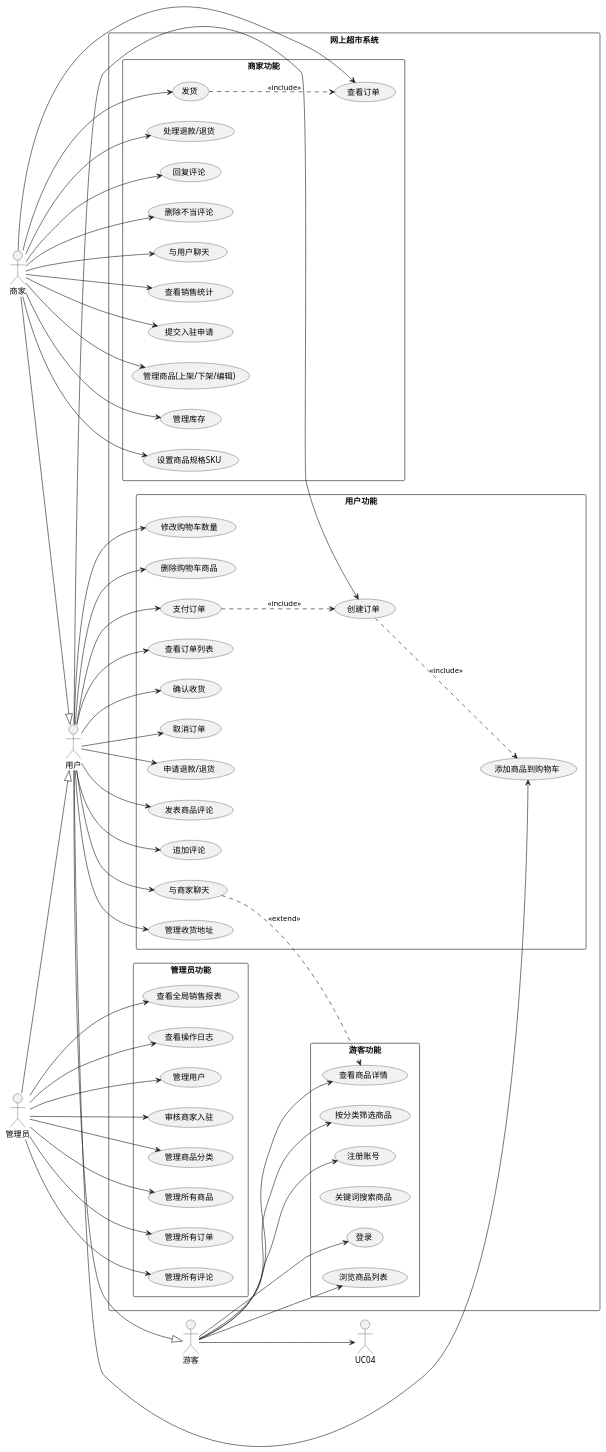
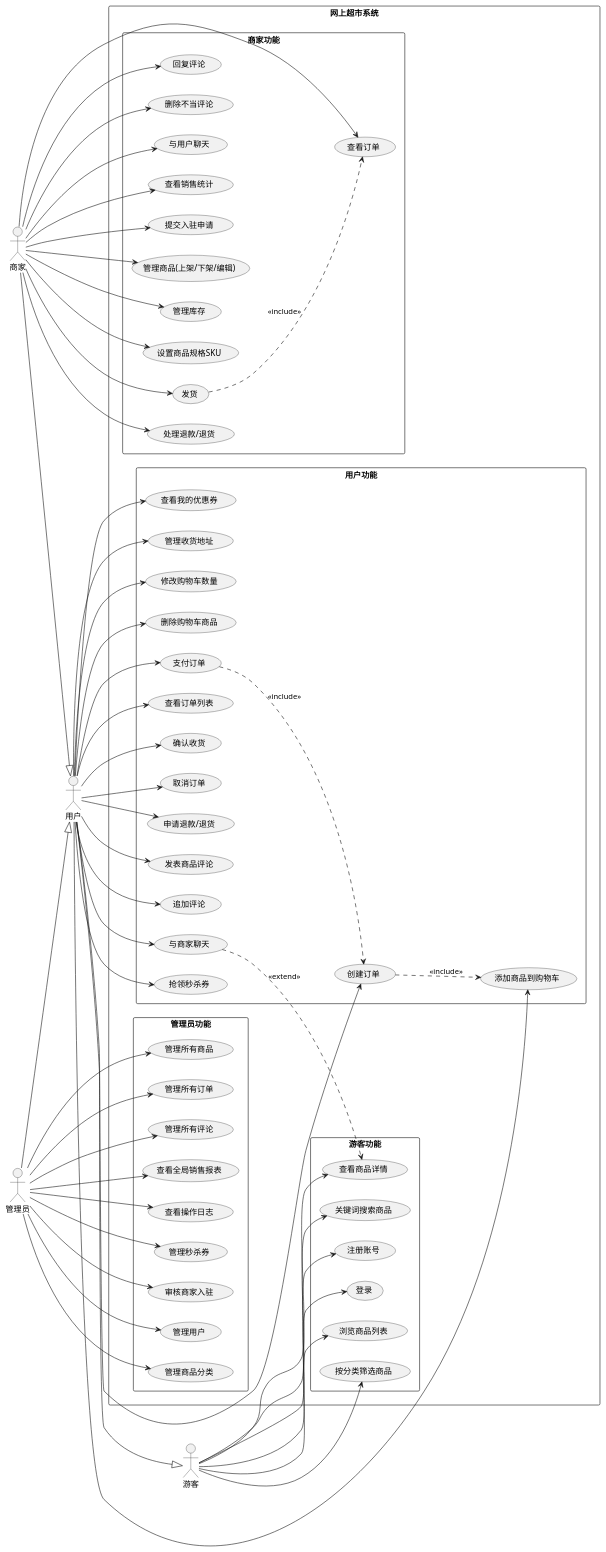
The diagram in uml/uml-usecase.puml (KIM406-CMD/chrono), drawn with PlantUML before and after one commit. The commit also changed 8 other files, not shown here.

First line of the commit message:
docs: 同步设计文档与 UML 图并补充秒杀券模块

```diff
--- a/uml/uml-usecase.puml
+++ b/uml/uml-usecase.puml
@@ -1,129 +1,135 @@
 @startuml 用例图
 
 skinparam packageStyle rectangle
 
 left to right direction
 
 actor 游客 as visitor
 actor 用户 as user
 actor 商家 as merchant
 actor 管理员 as admin
 
 rectangle "网上超市系统" {
 
   ' ===== 游客用例 =====
   package "游客功能" {
     usecase "浏览商品列表" as UC01
     usecase "查看商品详情" as UC02
     usecase "按分类筛选商品" as UC03
-    usecase "关键词搜索商品" as u
+    usecase "关键词搜索商品" as UC04
     usecase "注册账号" as UC05
     usecase "登录" as UC06
   }
 
   ' ===== 用户用例 =====
   package "用户功能" {
     usecase "管理收货地址" as UC07
     usecase "添加商品到购物车" as UC08
     usecase "修改购物车数量" as UC09
     usecase "删除购物车商品" as UC10
     usecase "创建订单" as UC11
     usecase "支付订单" as UC12
     usecase "查看订单列表" as UC13
     usecase "确认收货" as UC14
     usecase "取消订单" as UC15
     usecase "申请退款/退货" as UC16
     usecase "发表商品评论" as UC17
     usecase "追加评论" as UC18
     usecase "与商家聊天" as UC19
+    usecase "抢领秒杀券" as UC39
+    usecase "查看我的优惠券" as UC40
   }
 
   ' ===== 商家用例 =====
   package "商家功能" {
     usecase "提交入驻申请" as UC20
     usecase "管理商品(上架/下架/编辑)" as UC21
     usecase "管理库存" as UC22
     usecase "设置商品规格SKU" as UC23
     usecase "查看订单" as UC24
     usecase "发货" as UC25
     usecase "处理退款/退货" as UC26
     usecase "回复评论" as UC27
     usecase "删除不当评论" as UC28
     usecase "与用户聊天" as UC29
     usecase "查看销售统计" as UC30
   }
 
   ' ===== 管理员用例 =====
   package "管理员功能" {
     usecase "管理用户" as UC31
     usecase "审核商家入驻" as UC32
     usecase "管理商品分类" as UC33
     usecase "管理所有商品" as UC34
     usecase "管理所有订单" as UC35
     usecase "管理所有评论" as UC36
     usecase "查看全局销售报表" as UC37
     usecase "查看操作日志" as UC38
+    usecase "管理秒杀券" as UC41
   }
 }
 
 ' ===== 关系 =====
 visitor --> UC01
 visitor --> UC02
 visitor --> UC03
 visitor --> UC04
 visitor --> UC05
 visitor --> UC06
 
 user --> UC07
 user --> UC08
 user --> UC09
 user --> UC10
 user --> UC11
 user --> UC12
 user --> UC13
 user --> UC14
 user --> UC15
 user --> UC16
 user --> UC17
 user --> UC18
 user --> UC19
+user --> UC39
+user --> UC40
 
 merchant --> UC20
 merchant --> UC21
 merchant --> UC22
 merchant --> UC23
 merchant --> UC24
 merchant --> UC25
 merchant --> UC26
 merchant --> UC27
 merchant --> UC28
 merchant --> UC29
 merchant --> UC30
 
 admin --> UC31
 admin --> UC32
 admin --> UC33
 admin --> UC34
 admin --> UC35
 admin --> UC36
 admin --> UC37
 admin --> UC38
+admin --> UC41
 
 ' 用户继承游客
 user --|> visitor
 
 ' 商家继承用户
 merchant --|> user
 
 ' 管理员继承用户
 admin --|> user
 
 ' 支付包含
 UC12 ..> UC11 : <<include>>
 UC11 ..> UC08 : <<include>>
 UC25 ..> UC24 : <<include>>
 
 ' 聊天扩展自查看商品
 UC19 ..> UC02 : <<extend>>
 
 @enduml
```
